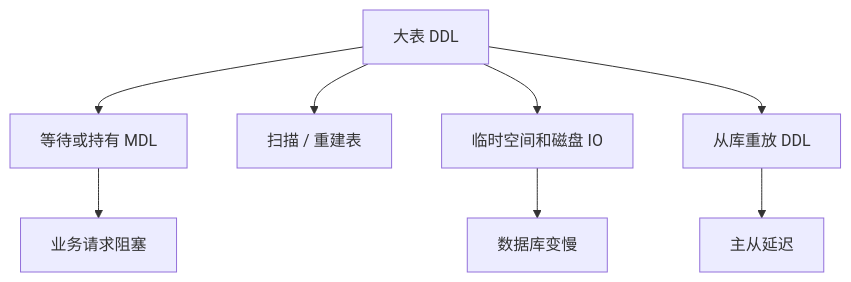
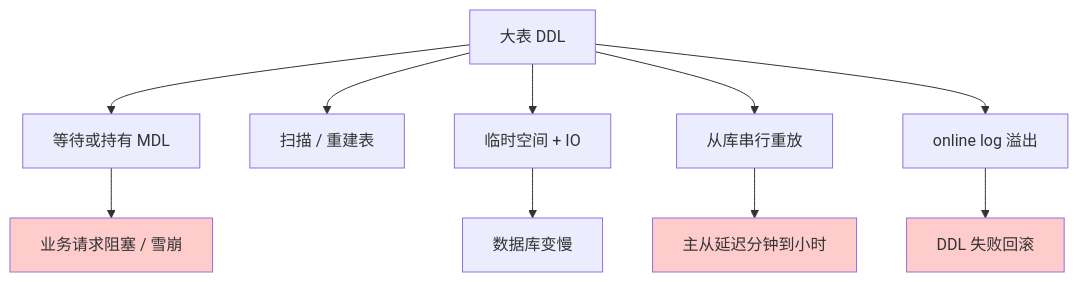
One commit to vaynedu/interview_note changed the second of 3 diagrams in 03-mysql/15-online-ddl-mdl.md. Above: the diagram before and after it, drawn with Mermaid. The commit also changed other lines of this file, not shown here.

First line of the commit message:
docs(mysql): 15-online-ddl-mdl 大补——三算法详解 + 每点配一句话总结

````diff
--- a/03-mysql/15-online-ddl-mdl.md
+++ b/03-mysql/15-online-ddl-mdl.md
@@ -48,10 +162,17 @@
 ```mermaid
 flowchart TB
     DDL["大表 DDL"] --> MDL["等待或持有 MDL"]
     DDL --> Scan["扫描 / 重建表"]
-    DDL --> Disk["临时空间和磁盘 IO"]
-    DDL --> Repl["从库重放 DDL"]
-    MDL --> Block["业务请求阻塞"]
+    DDL --> Disk["临时空间 + IO"]
+    DDL --> Repl["从库串行重放"]
+    DDL --> OLog["online log 溢出"]
+
+    MDL --> Block["业务请求阻塞 / 雪崩"]
     Disk --> Slow["数据库变慢"]
-    Repl --> Delay["主从延迟"]
+    Repl --> Delay["主从延迟分钟到小时"]
+    OLog --> Fail["DDL 失败回滚"]
+
+    style Block fill:#fcc
+    style Delay fill:#fcc
+    style Fail fill:#fcc
 ```
````
